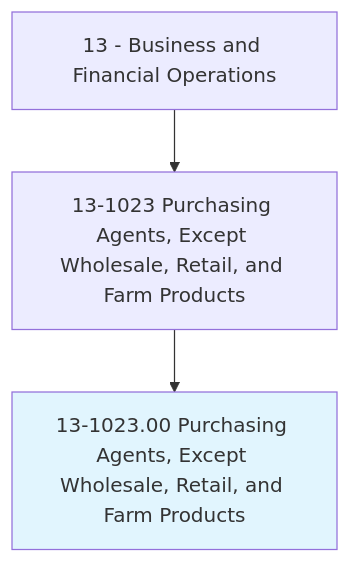
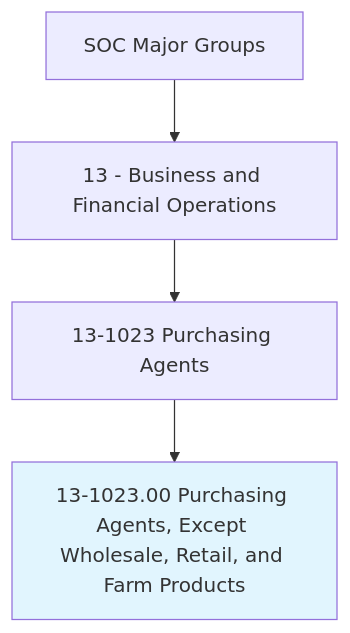
One commit to kziemski/business.org.ai changed the first of 4 diagrams in occupations/Business/PurchasingAgentsExceptWholesaleRetailAndFarmProducts.mdx. Above: the diagram before and after it, drawn with Mermaid. The commit also changed other lines of this file and 938 other files, not shown here.

````diff
--- a/occupations/Business/PurchasingAgentsExceptWholesaleRetailAndFarmProducts.mdx
+++ b/occupations/Business/PurchasingAgentsExceptWholesaleRetailAndFarmProducts.mdx
@@ -19,6 +25,7 @@
 ```mermaid
 graph TD
-    Cat13["13 - Business and Financial Operations"] --> Group131023["13-1023 Purchasing Agents, Except Wholesale, Retail, and Farm Products"]
-    Group131023 --> Current["13-1023.00 Purchasing Agents, Except Wholesale, Retail, and Farm Products"]
+    SOC["SOC Major Groups"] --> Cat13["13 - Business and Financial Operations"]
+    Cat13 --> G131023["13-1023 Purchasing Agents"]
+    G131023 --> Current["13-1023.00 Purchasing Agents, Except Wholesale, Retail, and Farm Products"]
     style Current fill:#e1f5fe
 ```
````
